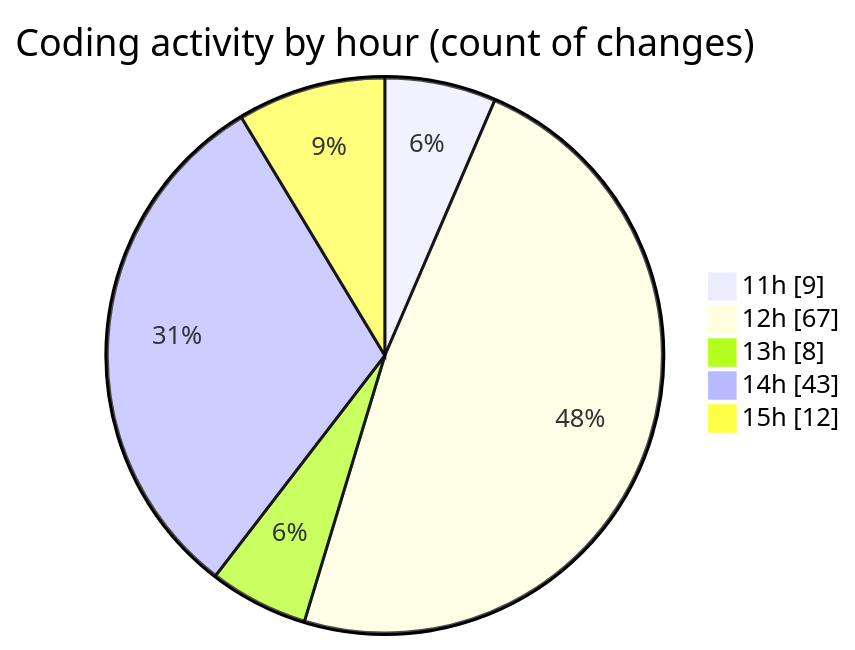
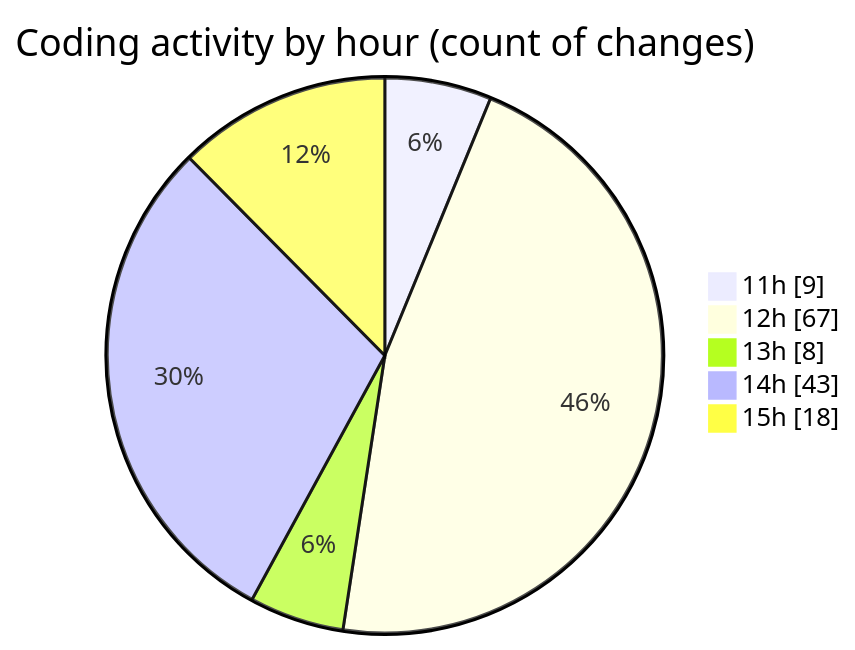
One commit to nxtqubesakshisongat/code-tracking changed the second of 2 diagrams in 2026-08-23/nxtqube_webapp/README.md. Above: the diagram before and after it, drawn with Mermaid. The commit also changed other lines of this file and 1 other file, not shown here.

````diff
--- a/2026-08-23/nxtqube_webapp/README.md
+++ b/2026-08-23/nxtqube_webapp/README.md
@@ -74,9 +76,9 @@
 ```mermaid
 pie showData
 title Coding activity by hour (count of changes)
 "11h" : 9
 "12h" : 67
 "13h" : 8
 "14h" : 43
-"15h" : 12
+"15h" : 18
 ```
````
